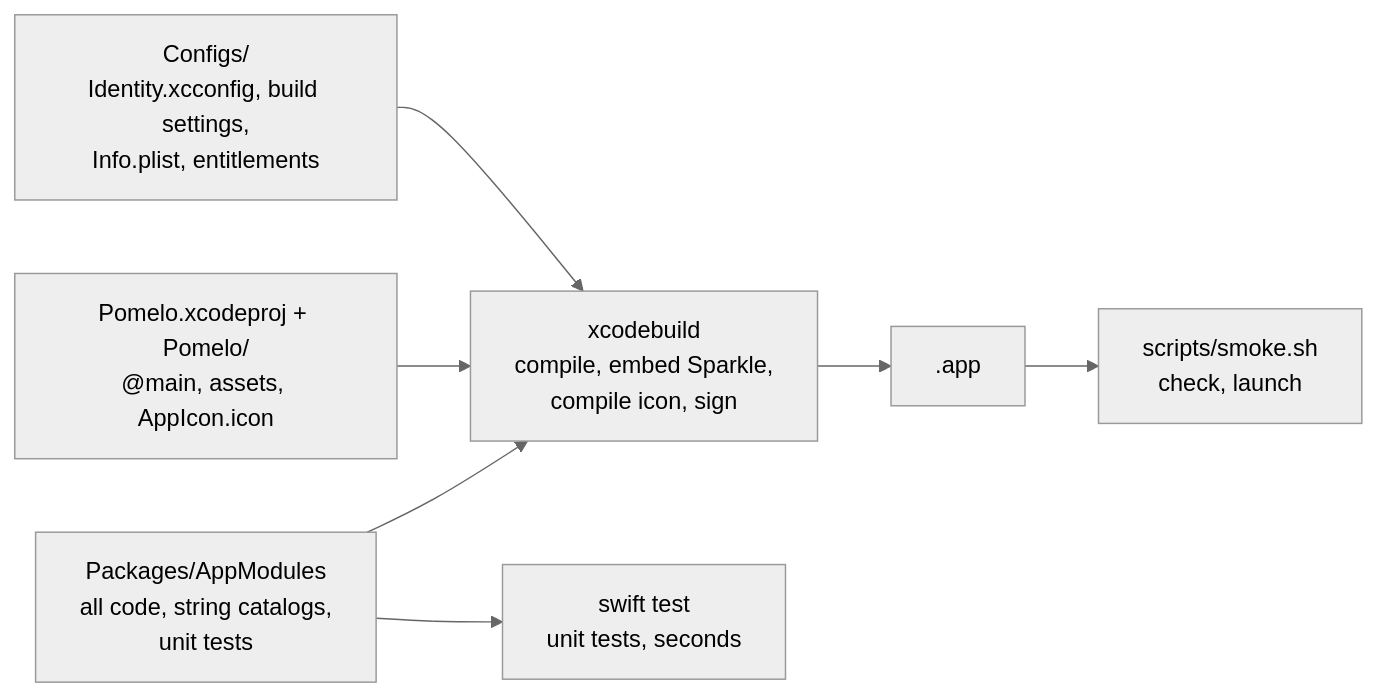
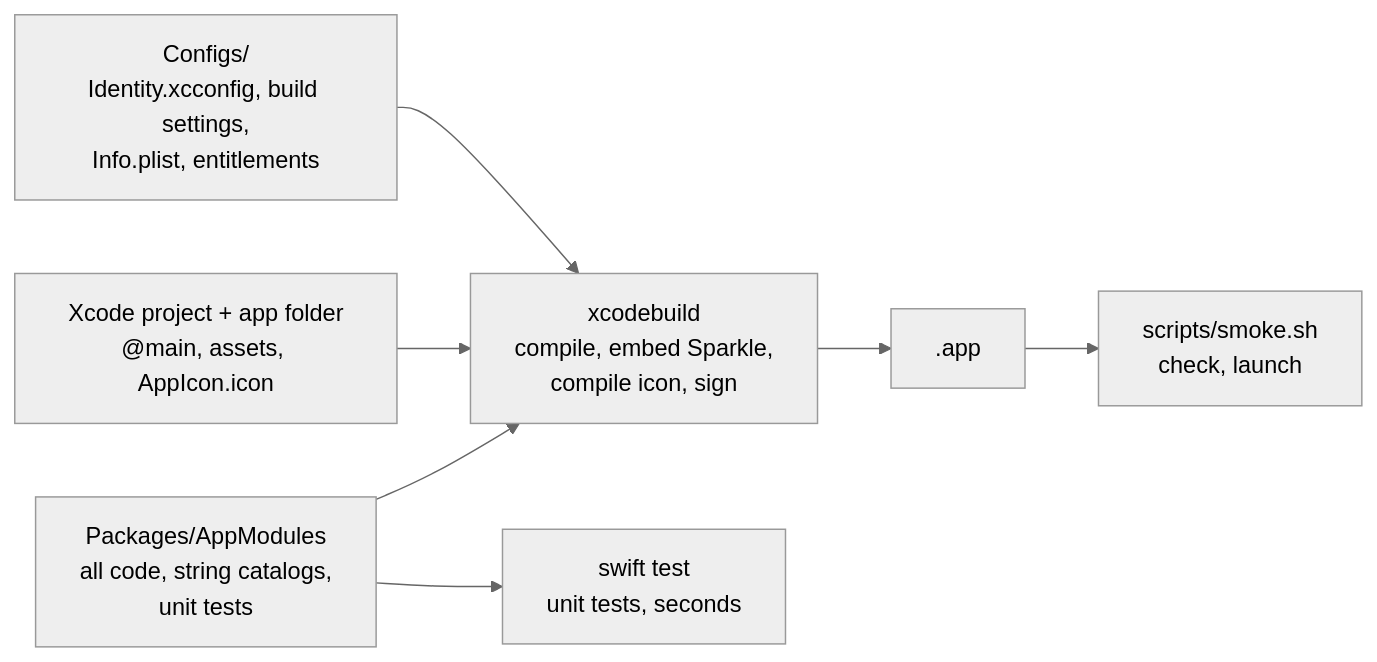
Before and after one commit to chengzi-io/macos-swiftui-spm-template: the diagram in docs/DEVELOPMENT.md, drawn with Mermaid (neutral theme). The commit also changed other lines of this file and 22 other files, not shown here.

First line of the commit message:
feat(scripts): rename the app and its xcode project with rename.sh

````diff
--- a/docs/DEVELOPMENT.md
+++ b/docs/DEVELOPMENT.md
@@ -19,8 +19,8 @@
 ```mermaid
 flowchart LR
     pkg["Packages/AppModules<br/>all code, string catalogs,<br/>unit tests"] --> xb
-    shell["Pomelo.xcodeproj + Pomelo/<br/>@main, assets, AppIcon.icon"] --> xb
+    shell["Xcode project + app folder<br/>@main, assets, AppIcon.icon"] --> xb
     cfg["Configs/<br/>Identity.xcconfig, build settings,<br/>Info.plist, entitlements"] --> xb
     xb["xcodebuild<br/>compile, embed Sparkle,<br/>compile icon, sign"] --> app[".app"] --> smoke["scripts/smoke.sh<br/>check, launch"]
     pkg --> st["swift test<br/>unit tests, seconds"]
 ```
````
